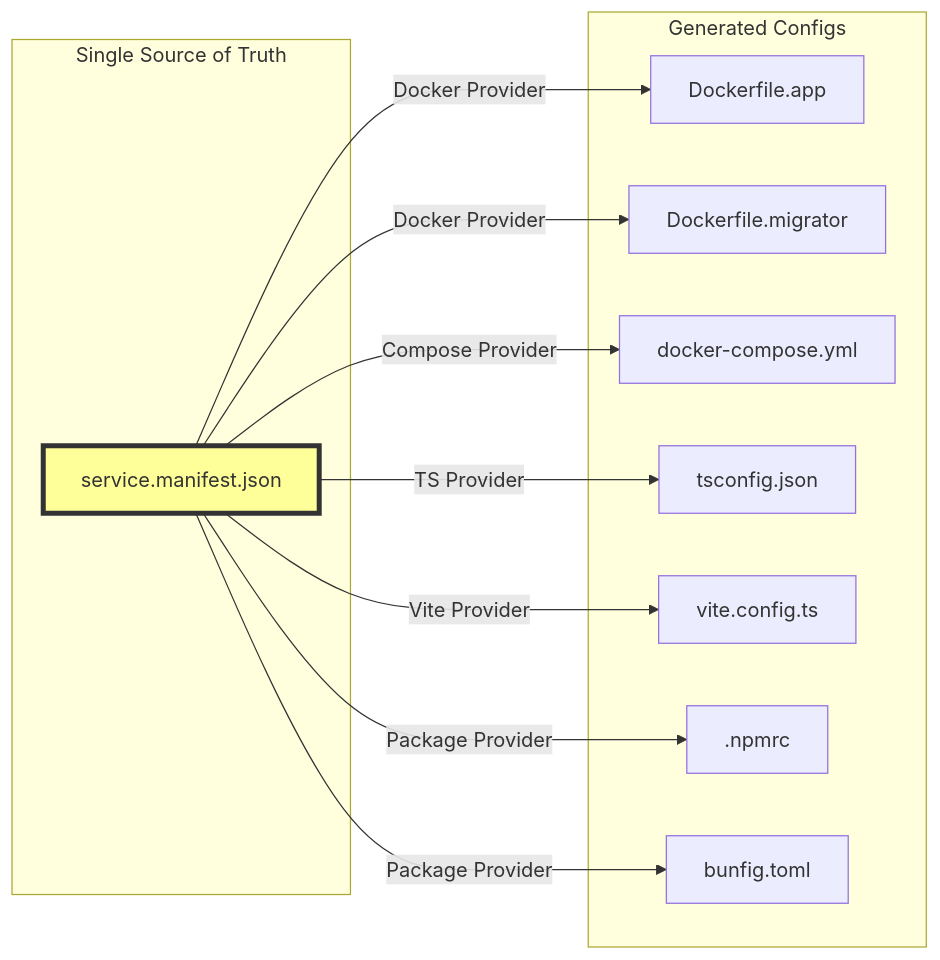
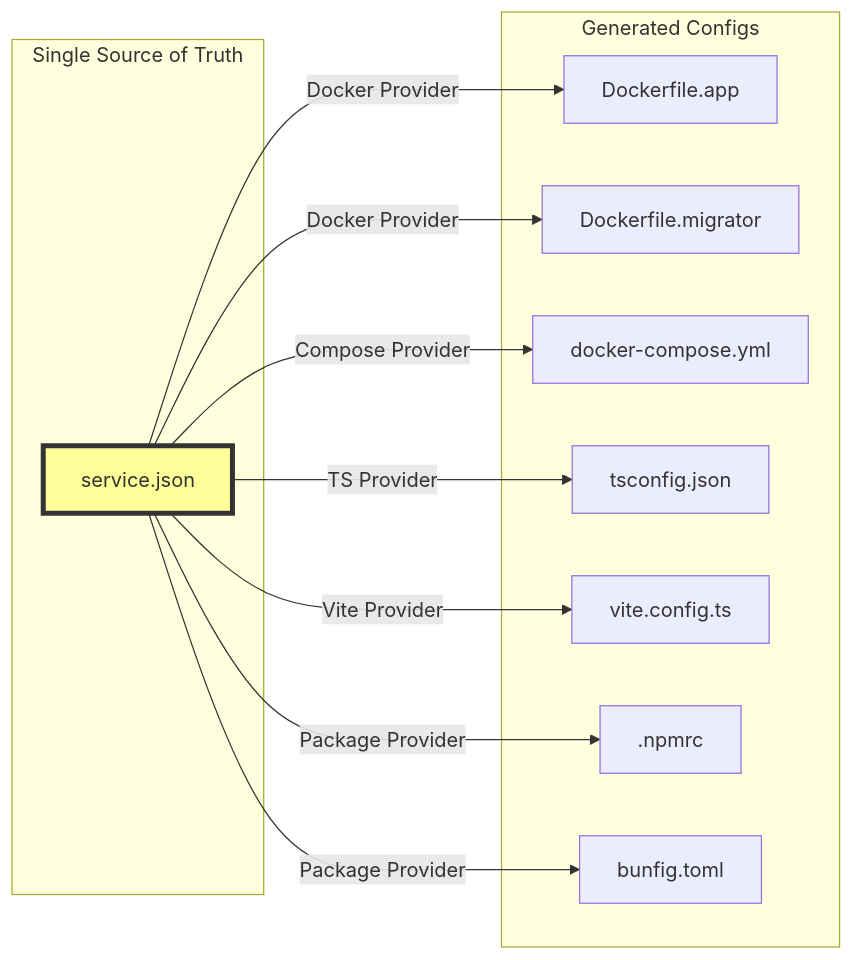
The second of 5 diagrams in engine/docs/C4-ARCHITECTURE-operations.md (AK-Lmn/tdk-cli-core), drawn with Mermaid before and after one commit. The commit also changed other lines of this file and 7 other files, not shown here.

````diff
--- a/engine/docs/C4-ARCHITECTURE-operations.md
+++ b/engine/docs/C4-ARCHITECTURE-operations.md
@@ -121,26 +123,26 @@
 ```mermaid
 graph LR
     subgraph "Single Source of Truth"
-        M[service.manifest.json]
+        M[service.json]
     end
     
     subgraph "Generated Configs"
         D1[Dockerfile.app]
         D2[Dockerfile.migrator]
         DC[docker-compose.yml]
         TS[tsconfig.json]
         V[vite.config.ts]
         N[.npmrc]
         B[bunfig.toml]
     end
     
     M -->|Docker Provider| D1
     M -->|Docker Provider| D2
     M -->|Compose Provider| DC
     M -->|TS Provider| TS
     M -->|Vite Provider| V
     M -->|Package Provider| N
     M -->|Package Provider| B
     
     style M fill:#ff9,stroke:#333,stroke-width:4px
 ```
````
